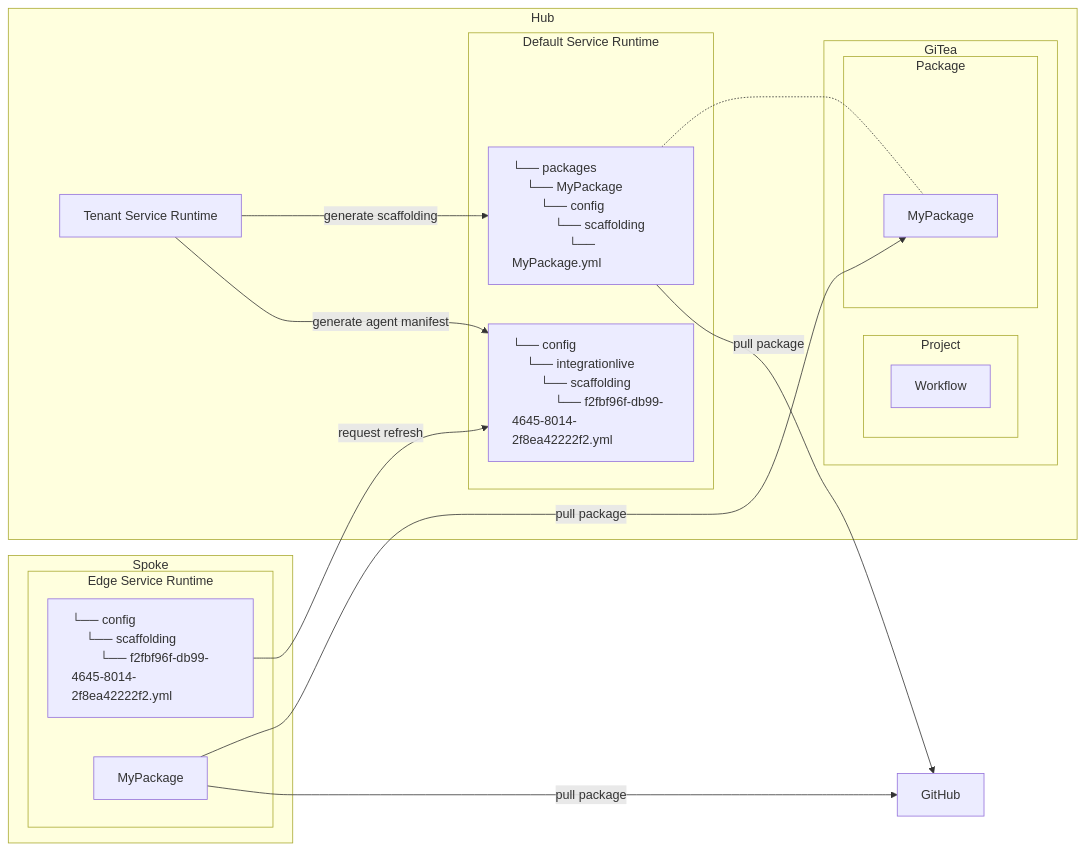
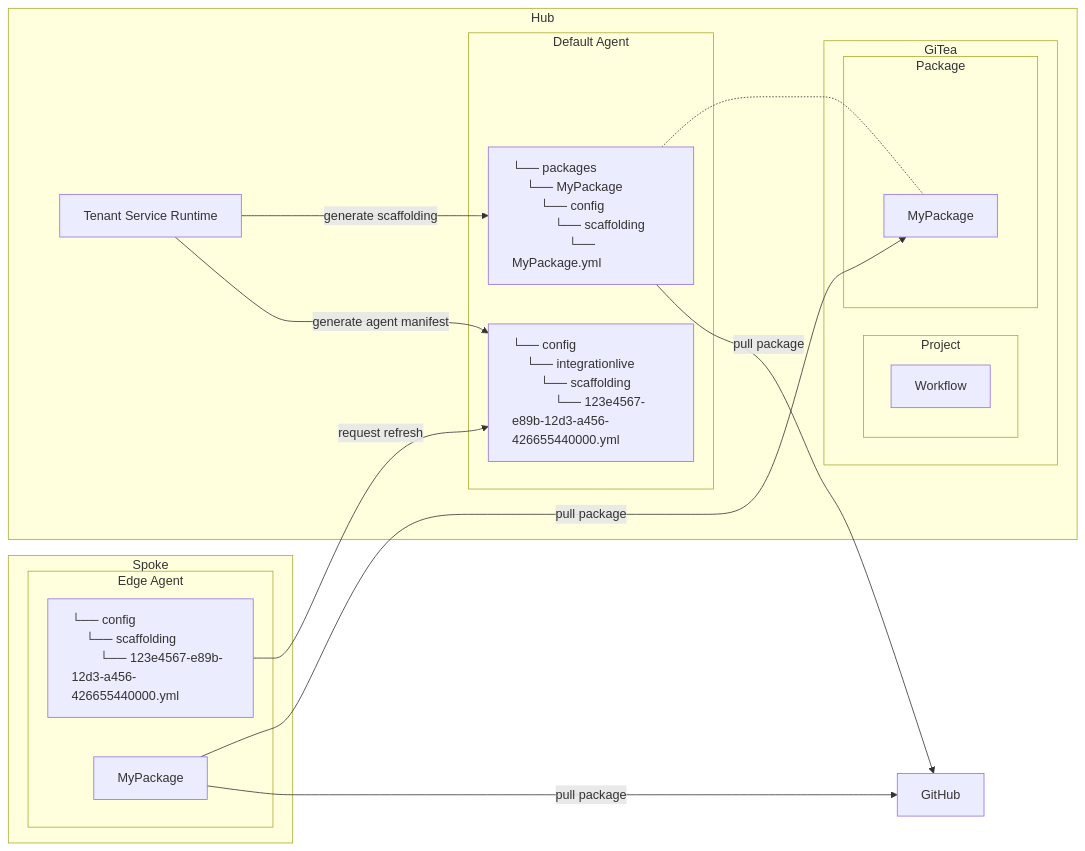
One commit to t-ibm/didymus changed the diagram in app/src/doc/templates/origin.mmd. Above: the diagram before and after it, drawn with Mermaid. The commit also changed 2 other files, not shown here.

Commit message:
Fixing/updating all sequence diagrams

```diff
--- a/app/src/doc/templates/origin.mmd
+++ b/app/src/doc/templates/origin.mmd
@@ -1,49 +1,49 @@
 %%{
 init: {
 'themeVariables': {
 'fontFamily': 'monospace'
 }
 }
 }%%
 flowchart LR
   github[GitHub]
 subgraph hub[Hub]
 hub.tsr["Tenant Service Runtime"]
 subgraph hub.git["GiTea"]
 subgraph hub.git.project["Project"]
 hub.git.project.wf["Workflow"]
 end
 subgraph hub.git.pkg["Package"]
 hub.git.pkg.my["MyPackage"]
 end
 end
-subgraph hub.svc["Default Service Runtime"]
+subgraph hub.svc["Default Agent"]
 hub.svc.am["<div style='text-align: left;'>└── config
 #8200;#8200;#8200;#8200;└── integrationlive
 #8200;#8200;#8200;#8200;#8200;#8200;#8200;#8200;└── scaffolding
-#8200;#8200;#8200;#8200;#8200;#8200;#8200;#8200;#8200;#8200;#8200;#8200;└── f2fbf96f-db99-4645-8014-2f8ea42222f2.yml
+#8200;#8200;#8200;#8200;#8200;#8200;#8200;#8200;#8200;#8200;#8200;#8200;└── 123e4567-e89b-12d3-a456-426655440000.yml
 </div>"]
 hub.svc.pkg["<div style='text-align: left;'>└── packages
 #8200;#8200;#8200;#8200;└── MyPackage
 #8200;#8200;#8200;#8200;#8200;#8200;#8200;#8200;└── config
 #8200;#8200;#8200;#8200;#8200;#8200;#8200;#8200;#8200;#8200;#8200;#8200;└── scaffolding
 #8200;#8200;#8200;#8200;#8200;#8200;#8200;#8200;#8200;#8200;#8200;#8200;#8200;#8200;#8200;#8200;└── MyPackage.yml
 </div>"]
 end
 end
 subgraph spoke [Spoke]
-subgraph spoke.svc["Edge Service Runtime"]
+subgraph spoke.svc["Edge Agent"]
 spoke.svc.am["<div style='text-align: left;'>└── config
 #8200;#8200;#8200;#8200;└── scaffolding
-#8200;#8200;#8200;#8200;#8200;#8200;#8200;#8200;└── f2fbf96f-db99-4645-8014-2f8ea42222f2.yml
+#8200;#8200;#8200;#8200;#8200;#8200;#8200;#8200;└── 123e4567-e89b-12d3-a456-426655440000.yml
 </div>"]
 spoke.svc.pkg["MyPackage"]
 end
 end
 hub.tsr -- generate scaffolding --> hub.svc.pkg
 hub.tsr -- generate agent manifest --> hub.svc.am
 hub.svc.pkg -.- hub.git.pkg.my
 hub.svc.pkg -- pull package --> github
 spoke.svc.am -- request refresh --> hub.svc.am
 spoke.svc.pkg -- pull package --> hub.git.pkg.my
 spoke.svc.pkg -- pull package --> github
```
